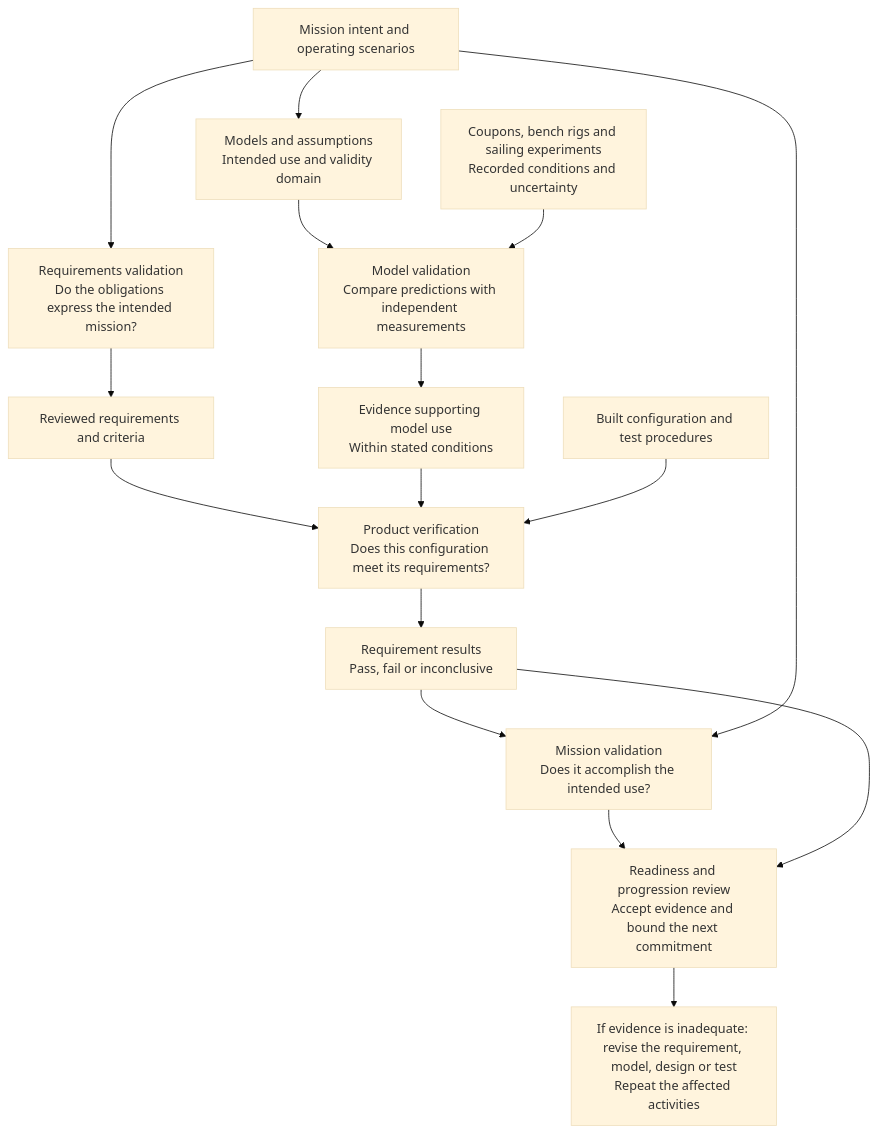
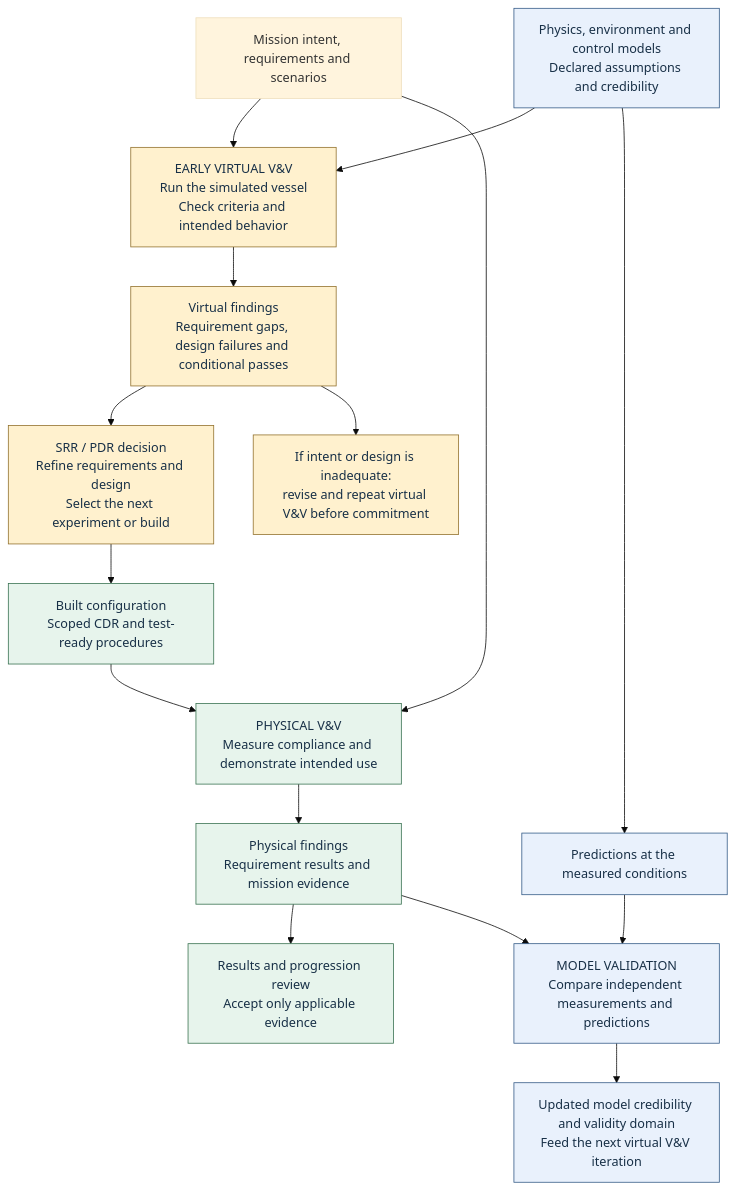
Before and after one commit to DavidIngraham/sv-blue-dog: the third of 3 diagrams in docs/development-plan.md, drawn with Mermaid (base theme). The commit also changed other lines of this file, not shown here.

Commit message:
Separate early virtual V&V from physical validation and model credibility

````diff
--- a/docs/development-plan.md
+++ b/docs/development-plan.md
@@ -68,18 +81,23 @@
 ```mermaid
 flowchart TB
-    intent["Mission intent and operating scenarios"] --> rv["Requirements validation<br/>Do the obligations express the intended mission?"]
-    rv --> req["Reviewed requirements and criteria"]
-    intent --> model["Models and assumptions<br/>Intended use and validity domain"]
-    model --> mv["Model validation<br/>Compare predictions with independent measurements"]
-    experiments["Coupons, bench rigs and sailing experiments<br/>Recorded conditions and uncertainty"] --> mv
-    mv --> credible["Evidence supporting model use<br/>Within stated conditions"]
-    req --> verify["Product verification<br/>Does this configuration meet its requirements?"]
-    credible --> verify
-    article["Built configuration and test procedures"] --> verify
-    verify --> results["Requirement results<br/>Pass, fail or inconclusive"]
-    results --> validate["Mission validation<br/>Does it accomplish the intended use?"]
-    intent --> validate
-    validate --> readiness["Readiness and progression review<br/>Accept evidence and bound the next commitment"]
-    results --> readiness
-    readiness --> iteration["If evidence is inadequate: revise the requirement, model, design or test<br/>Repeat the affected activities"]
+    intent["Mission intent, requirements and scenarios"] --> virtual["EARLY VIRTUAL V&V<br/>Run the simulated vessel<br/>Check criteria and intended behavior"]
+    models["Physics, environment and control models<br/>Declared assumptions and credibility"] --> virtual
+    virtual --> findings["Virtual findings<br/>Requirement gaps, design failures and conditional passes"]
+    findings --> decision["SRR / PDR decision<br/>Refine requirements and design<br/>Select the next experiment or build"]
+    decision --> hardware["Built configuration<br/>Scoped CDR and test-ready procedures"]
+    hardware --> physical["PHYSICAL V&V<br/>Measure compliance and demonstrate intended use"]
+    intent --> physical
+    physical --> actual["Physical findings<br/>Requirement results and mission evidence"]
+    actual --> progression["Results and progression review<br/>Accept only applicable evidence"]
+    models --> predictions["Predictions at the measured conditions"]
+    predictions --> correlation["MODEL VALIDATION<br/>Compare independent measurements and predictions"]
+    actual --> correlation
+    correlation --> revised["Updated model credibility and validity domain<br/>Feed the next virtual V&V iteration"]
+    findings --> iteration["If intent or design is inadequate:<br/>revise and repeat virtual V&V before commitment"]
+    classDef virtualEvidence fill:#fff1ce,stroke:#92712d,color:#183047
+    classDef physicalEvidence fill:#e7f4ec,stroke:#397251,color:#183047
+    classDef credibility fill:#e9f1fc,stroke:#345b87,color:#183047
+    class virtual,findings,decision,iteration virtualEvidence
+    class hardware,physical,actual,progression physicalEvidence
+    class models,predictions,correlation,revised credibility
 ```
````
